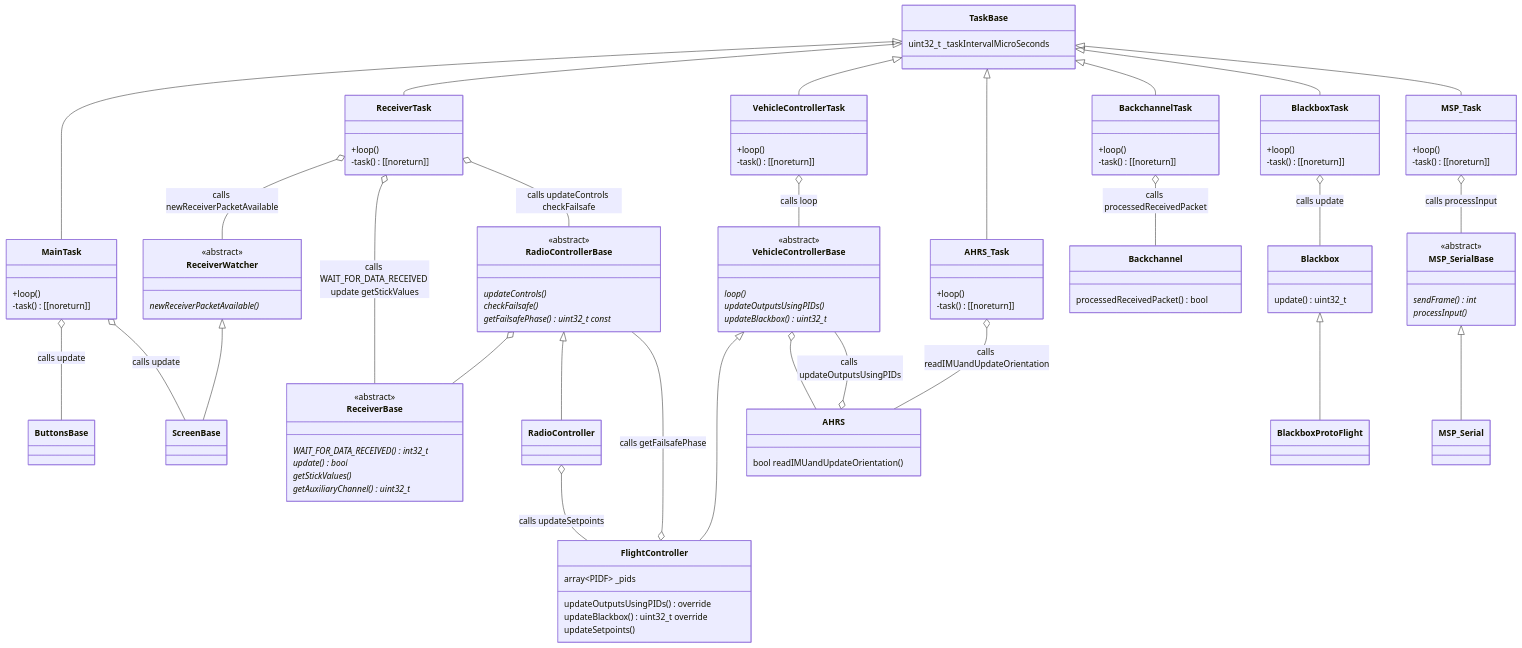
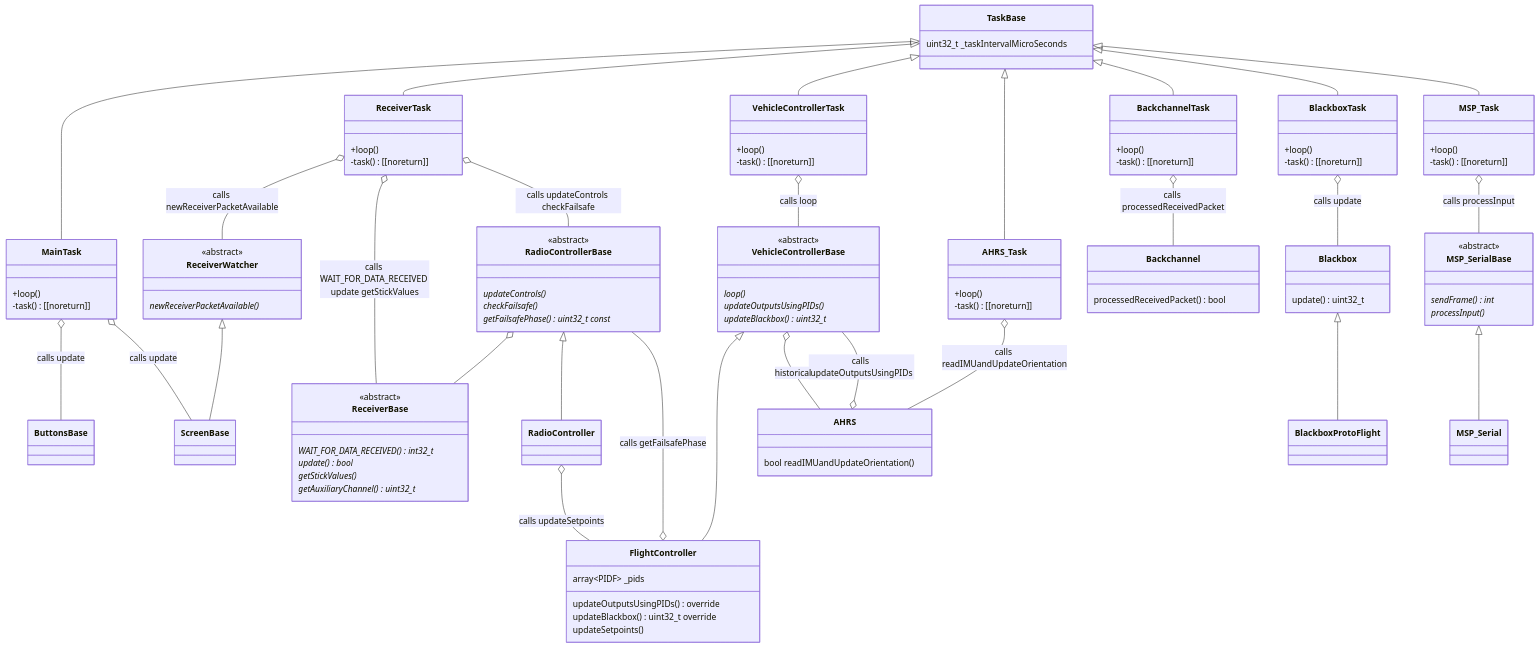
The second of 5 diagrams in README.md (martinbudden/Protoflight), drawn with Mermaid before and after one commit. The commit also changed other lines of this file and 7 other files, not shown here.

```diff
--- a/README.md
+++ b/README.md
@@ -410,7 +410,7 @@
         bool readIMUandUpdateOrientation()
     }
     AHRS o-- VehicleControllerBase : calls updateOutputsUsingPIDs
-    VehicleControllerBase o-- AHRS
+    VehicleControllerBase o-- AHRS : historical
 
     class Backchannel {
         processedReceivedPacket() bool
```
